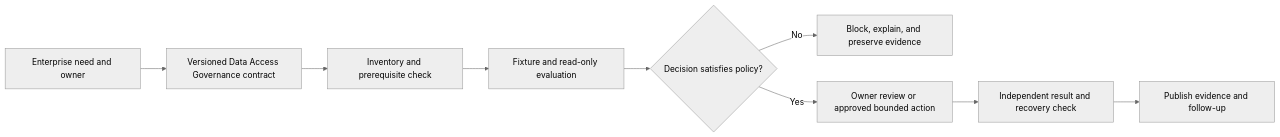
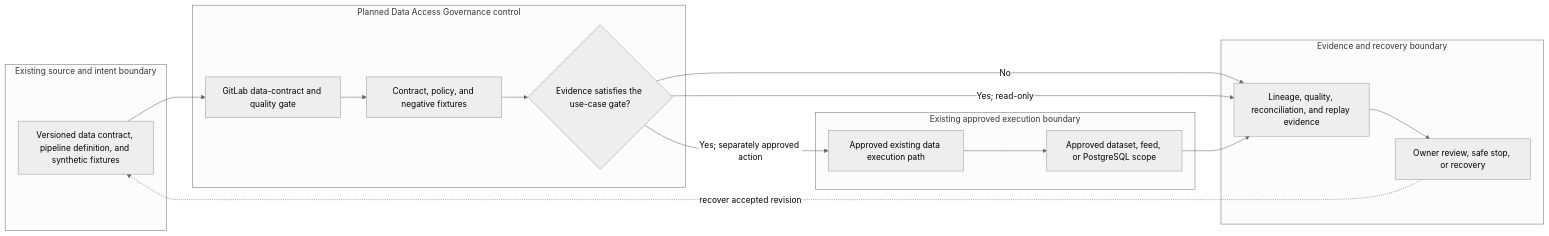
One commit to MIDHTECH/enterprise-architecture-docs changed the diagram in docs/use-cases/data/UC-DATA-023-data-access-governance.md. Above: the diagram before and after it, drawn with Mermaid (neutral theme). The commit also changed other lines of this file and 227 other files, not shown here.

Commit message:
Deepen architecture for all use case designs

````diff
--- a/docs/use-cases/data/UC-DATA-023-data-access-governance.md
+++ b/docs/use-cases/data/UC-DATA-023-data-access-governance.md
@@ -136,11 +129,25 @@
 ```mermaid
 flowchart LR
-    Need["Enterprise need and owner"] --> Contract["Versioned Data Access Governance contract"]
-    Contract --> Preflight["Inventory and prerequisite check"]
-    Preflight --> Evaluate["Fixture and read-only evaluation"]
-    Evaluate --> Decision{"Decision satisfies policy?"}
-    Decision -->|No| Stop["Block, explain, and preserve evidence"]
-    Decision -->|Yes| Review["Owner review or approved bounded action"]
-    Review --> Verify["Independent result and recovery check"]
-    Verify --> Publish["Publish evidence and follow-up"]
+    subgraph Source["Existing source and intent boundary"]
+        A["Versioned data contract, pipeline definition, and synthetic fixtures"]
+    end
+    subgraph Planned["Planned Data Access Governance control"]
+        B["GitLab data-contract and quality gate"]
+        C["Contract, policy, and negative fixtures"]
+        D{"Evidence satisfies the use-case gate?"}
+    end
+    subgraph Runtime["Existing approved execution boundary"]
+        E["Approved existing data execution path"]
+        F["Approved dataset, feed, or PostgreSQL scope"]
+    end
+    subgraph Assurance["Evidence and recovery boundary"]
+        G["Lineage, quality, reconciliation, and replay evidence"]
+        H["Owner review, safe stop, or recovery"]
+    end
+
+    A --> B --> C --> D
+    D -->|No| G --> H
+    D -->|Yes; read-only| G
+    D -->|Yes; separately approved action| E --> F --> G
+    H -. recover accepted revision .-> A
 ```
````
